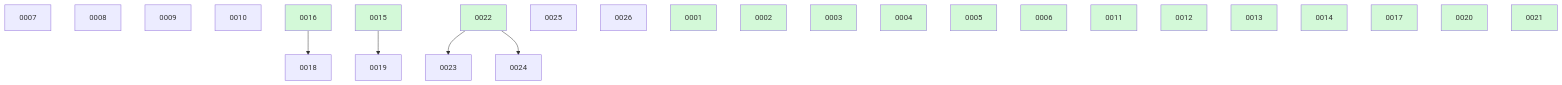
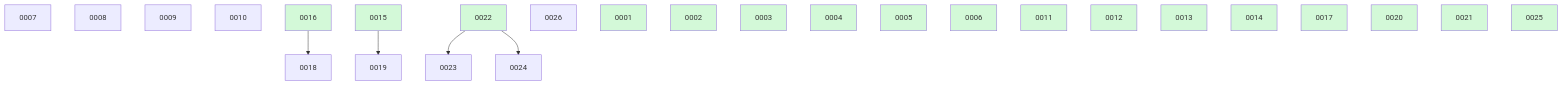
One commit to danielhanold/docket changed the diagram in docs/changes/BOARD.md. Above: the diagram before and after it, drawn with Mermaid. The commit also changed other lines of this file, not shown here.

First line of the commit message:
board: regenerate after 0025 done

````diff
--- a/docs/changes/BOARD.md
+++ b/docs/changes/BOARD.md
@@ -25,30 +19,30 @@
 ```mermaid
 graph TD
   0007
   0008
   0009
   0010
   0016 --> 0018
   0015 --> 0019
   0022 --> 0023
   0022 --> 0024
-  0025
   0026
   0001:::done
   0002:::done
   0003:::done
   0004:::done
   0005:::done
   0006:::done
   0011:::done
   0012:::done
   0013:::done
   0014:::done
   0015:::done
   0016:::done
   0017:::done
   0020:::done
   0021:::done
   0022:::done
+  0025:::done
   classDef done fill:#d3f9d8;
 ```
````
